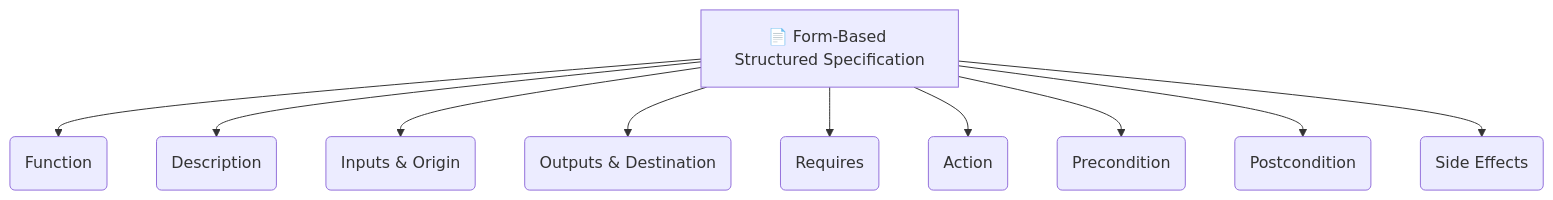
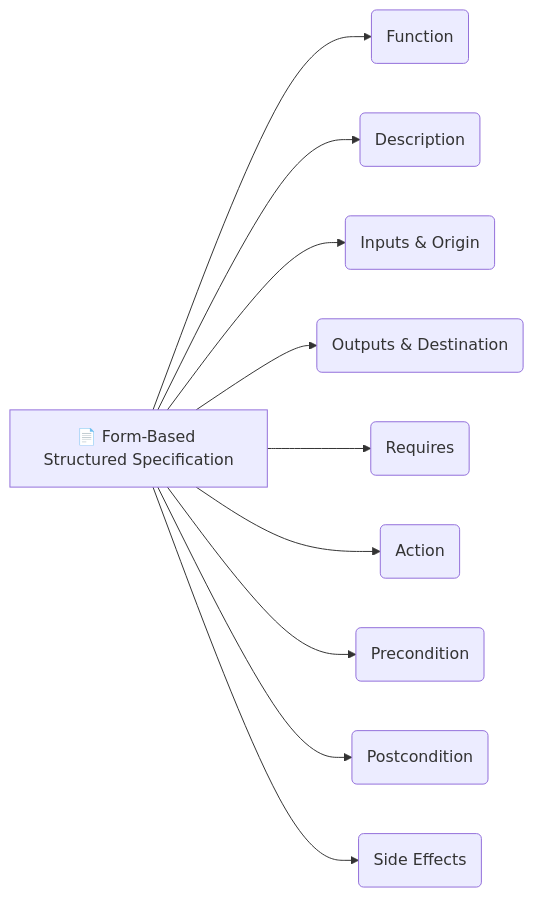
One commit to sujith-eag/sujith-library changed the second of 2 diagrams in docs/mca/se/unit_11/3_srd.md. Above: the diagram before and after it, drawn with Mermaid. The commit also changed other lines of this file and 3 other files, not shown here.

````diff
--- a/docs/mca/se/unit_11/3_srd.md
+++ b/docs/mca/se/unit_11/3_srd.md
@@ -62,12 +61,12 @@
 ```mermaid
-graph TD
+graph LR
     Form[📄 Form-Based Structured Specification] --> Func(Function);
     Form --> Desc(Description);
     Form --> In(Inputs & Origin);
     Form --> Out(Outputs & Destination);
     Form --> Req(Requires);
     Form --> Act(Action);
     Form --> Pre(Precondition);
     Form --> Post(Postcondition);
     Form --> Side(Side Effects);
 ```
````
